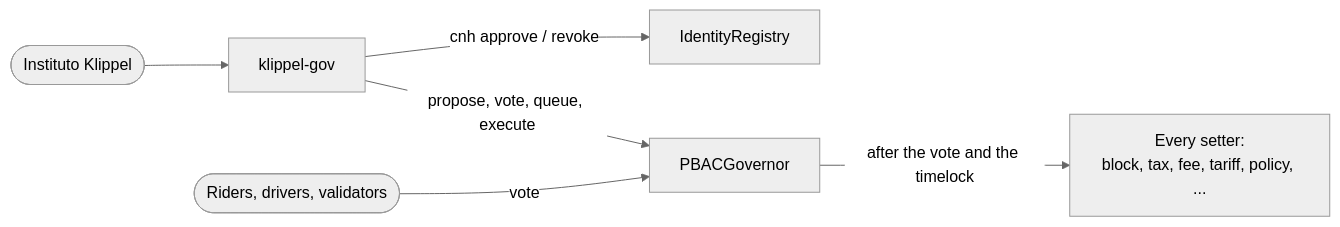
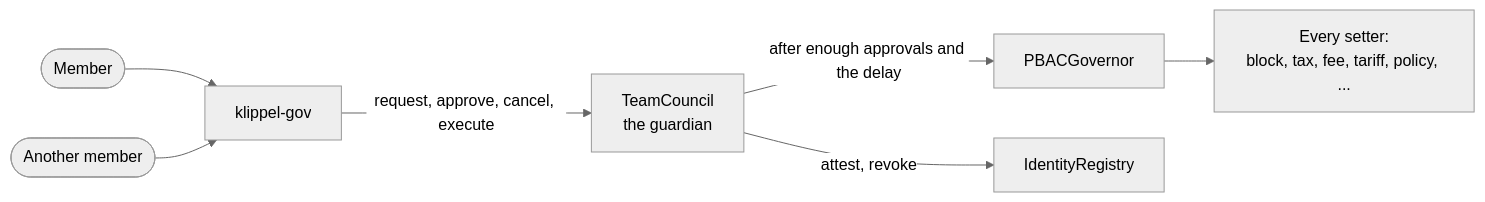
Before and after one commit to MuriloSchaefer/klippelgo: the diagram in gov/README.md, drawn with Mermaid (neutral theme). The commit also changed other lines of this file and 34 other files, not shown here.

````diff
--- a/gov/README.md
+++ b/gov/README.md
@@ -15,8 +11,8 @@
 ```mermaid
 flowchart LR
-    inst([Instituto Klippel]) --> tool[klippel-gov]
-    tool -- "cnh approve / revoke" --> reg[IdentityRegistry]
-    tool -- "propose, vote, queue, execute" --> gov[PBACGovernor]
-    voters([Riders, drivers, validators]) -- vote --> gov
-    gov -- "after the vote and the timelock" --> setters[Every setter:<br/>block, tax, fee, tariff, policy, ...]
+    m1([Member]) & m2([Another member]) --> tool[klippel-gov]
+    tool -- "request, approve, cancel, execute" --> council[TeamCouncil<br/>the guardian]
+    council -- "after enough approvals and the delay" --> gov[PBACGovernor]
+    gov --> setters[Every setter:<br/>block, tax, fee, tariff, policy, ...]
+    council -- "attest, revoke" --> reg[IdentityRegistry]
 ```
````
